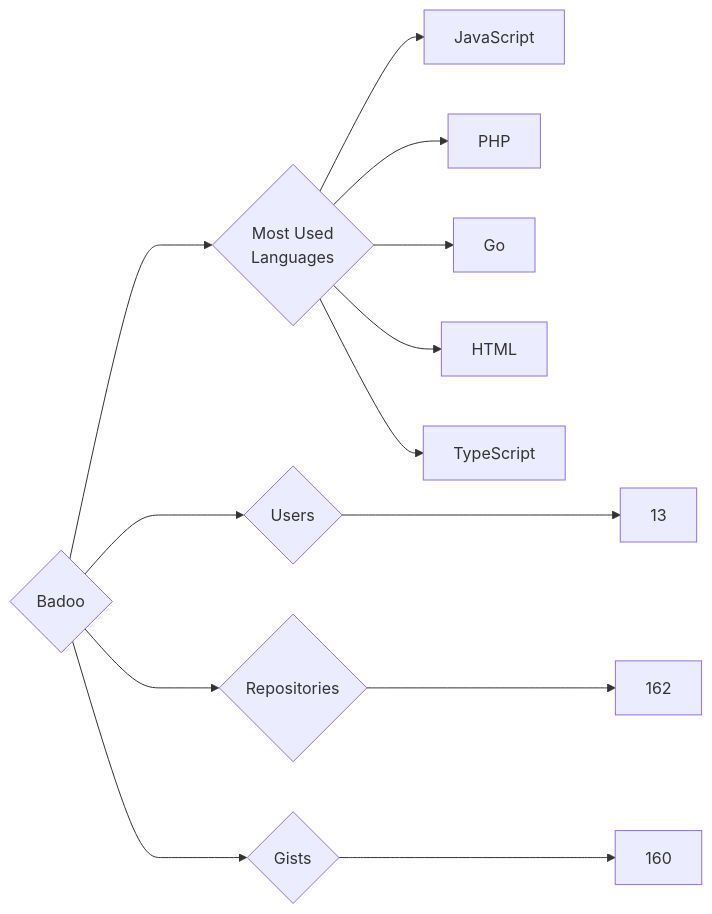
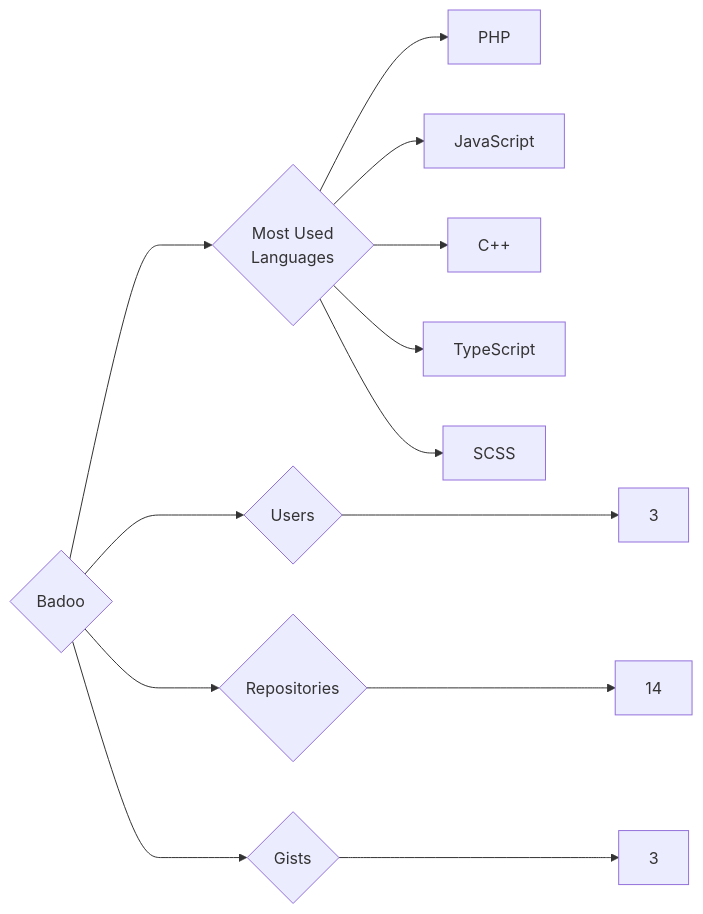
Before and after one commit to trickest/insiders: the diagram in targets/Badoo/README.md, drawn with Mermaid. The commit also changed 934 other files, not shown here.

````diff
--- a/targets/Badoo/README.md
+++ b/targets/Badoo/README.md
@@ -3,13 +3,13 @@
 ```mermaid
 graph LR
 COMPANY_NAME{Badoo}
-COMPANY_NAME ---> U{Users} ---> UN[13]
-COMPANY_NAME ---> R{Repositories} ---> RN[162]
-COMPANY_NAME ---> G{Gists} ---> GN[160]
+COMPANY_NAME ---> U{Users} ---> UN[3]
+COMPANY_NAME ---> R{Repositories} ---> RN[14]
+COMPANY_NAME ---> G{Gists} ---> GN[3]
 COMPANY_NAME ---> ML{Most Used<br>Languages}
+ML --> PHP[PHP]
 ML --> JavaScript[JavaScript]
-ML --> PHP[PHP]
-ML --> Go[Go]
-ML --> HTML[HTML]
+ML --> C++[C++]
 ML --> TypeScript[TypeScript]
+ML --> SCSS[SCSS]
 ```
````
